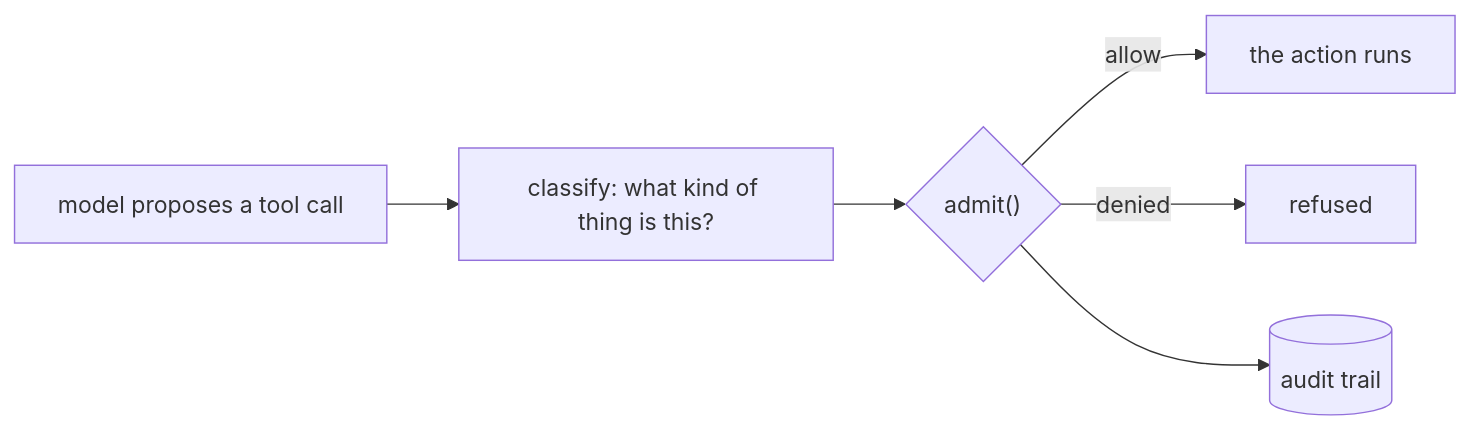
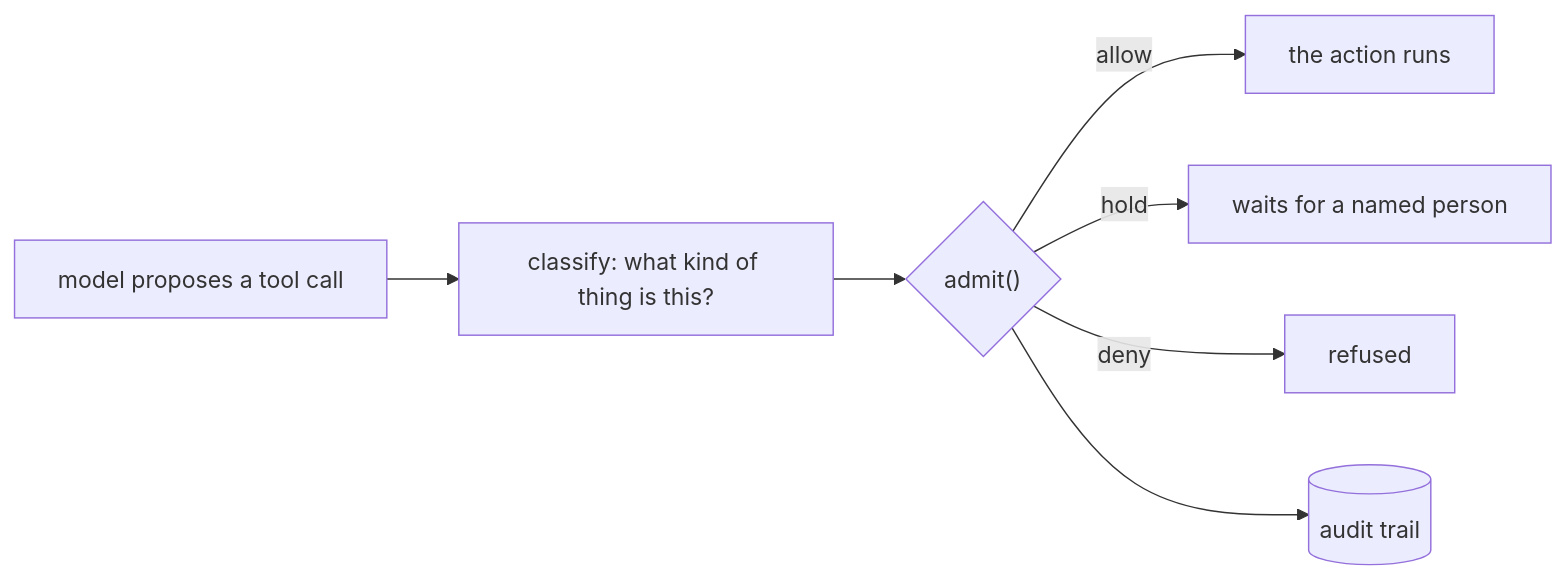
Before and after one commit to tuliplabs-ai/docs: the first of 2 diagrams in docs/research/policy-blindness.md, drawn with Mermaid. The commit also changed other lines of this file and 116 other files, not shown here.

````diff
--- a/docs/research/policy-blindness.md
+++ b/docs/research/policy-blindness.md
@@ -46,8 +46,9 @@
 ```mermaid
 flowchart LR
   M[model proposes a tool call] --> C
   C[classify: what kind of thing is this?] --> G
   G{"admit()"} -->|allow| P[the action runs]
-  G -->|denied| X[refused]
+  G -->|hold| H[waits for a named person]
+  G -->|deny| X[refused]
   G --> A[(audit trail)]
 ```
````
